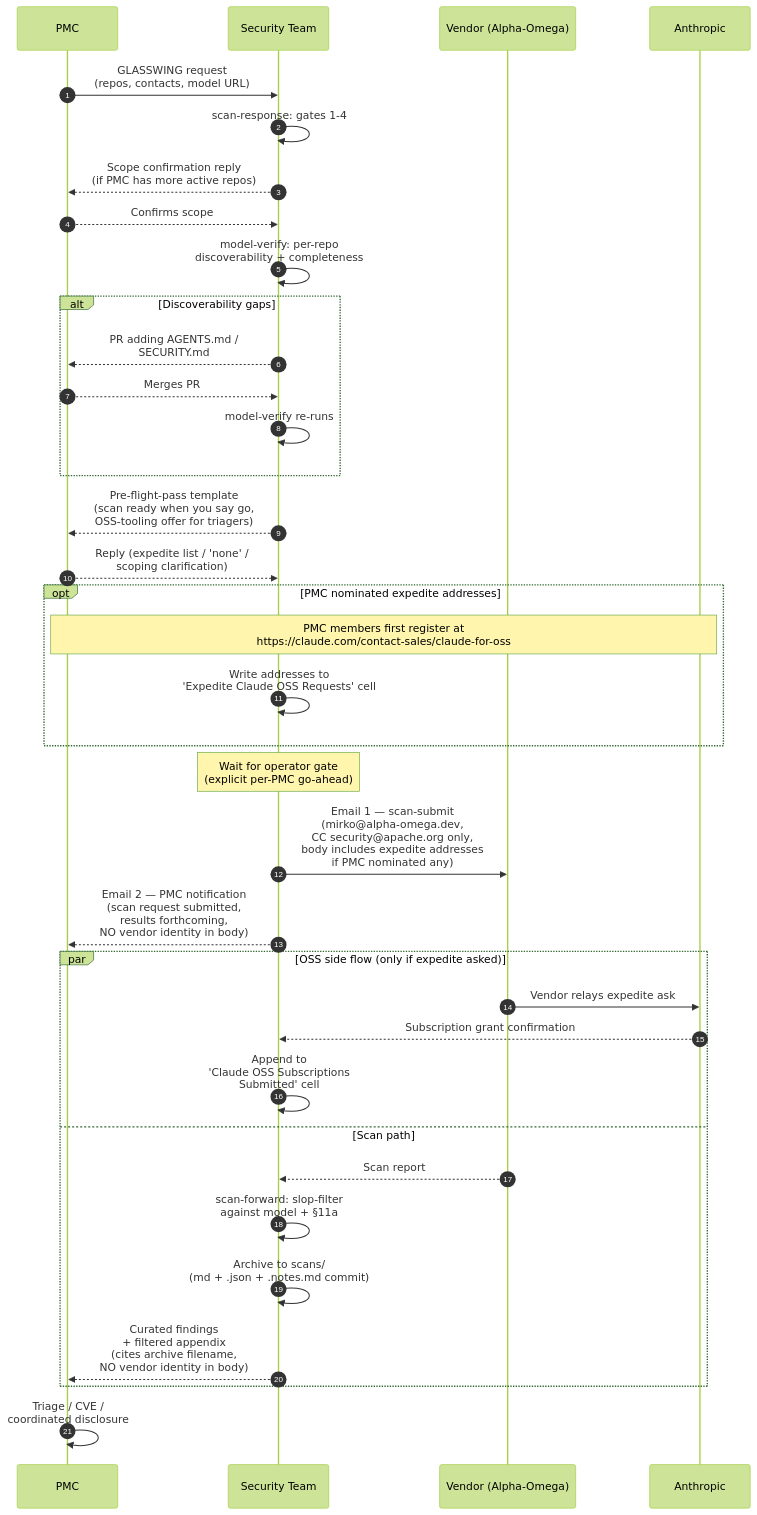
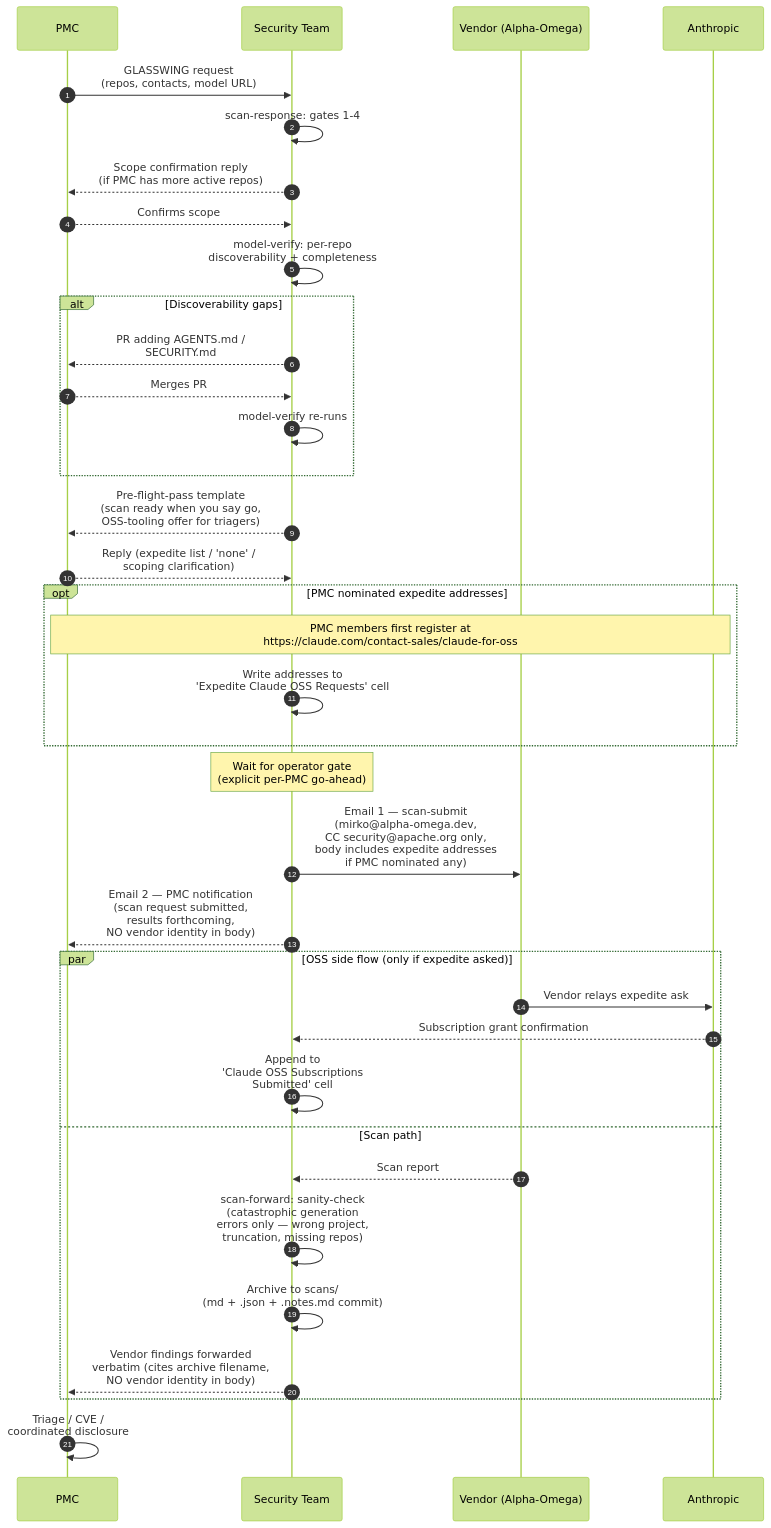
Before and after one commit to raboof/apache-security-dash: the fourth of 4 diagrams in README.md, drawn with Mermaid (forest theme). The commit also changed other lines of this file and 8 other files, not shown here.

````diff
--- a/README.md
+++ b/README.md
@@ -169,38 +177,38 @@
 ```mermaid
 sequenceDiagram
     autonumber
     participant PMC
     participant Sec as Security Team
     participant V as Vendor (Alpha-Omega)
     participant A as Anthropic
     PMC->>Sec: GLASSWING request<br/>(repos, contacts, model URL)
     Sec->>Sec: scan-response: gates 1-4
     Sec-->>PMC: Scope confirmation reply<br/>(if PMC has more active repos)
     PMC-->>Sec: Confirms scope
     Sec->>Sec: model-verify: per-repo<br/>discoverability + completeness
     alt Discoverability gaps
         Sec-->>PMC: PR adding AGENTS.md /<br/>SECURITY.md
         PMC-->>Sec: Merges PR
         Sec->>Sec: model-verify re-runs
     end
     Sec-->>PMC: Pre-flight-pass template<br/>(scan ready when you say go,<br/>OSS-tooling offer for triagers)
     PMC-->>Sec: Reply (expedite list / 'none' /<br/>scoping clarification)
     opt PMC nominated expedite addresses
         Note over PMC,A: PMC members first register at<br/>https://claude.com/contact-sales/claude-for-oss
         Sec->>Sec: Write addresses to<br/>'Expedite Claude OSS Requests' cell
     end
     Note over Sec: Wait for operator gate<br/>(explicit per-PMC go-ahead)
     Sec->>V: Email 1 — scan-submit<br/>(mirko@alpha-omega.dev,<br/>CC security@apache.org only,<br/>body includes expedite addresses<br/>if PMC nominated any)
     Sec-->>PMC: Email 2 — PMC notification<br/>(scan request submitted,<br/>results forthcoming,<br/>NO vendor identity in body)
     par OSS side flow (only if expedite asked)
         V->>A: Vendor relays expedite ask
         A-->>Sec: Subscription grant confirmation
         Sec->>Sec: Append to<br/>'Claude OSS Subscriptions<br/>Submitted' cell
     and Scan path
         V-->>Sec: Scan report
-        Sec->>Sec: scan-forward: slop-filter<br/>against model + §11a
+        Sec->>Sec: scan-forward: sanity-check<br/>(catastrophic generation<br/>errors only — wrong project,<br/>truncation, missing repos)
         Sec->>Sec: Archive to scans/<br/>(md + .json + .notes.md commit)
-        Sec-->>PMC: Curated findings<br/>+ filtered appendix<br/>(cites archive filename,<br/>NO vendor identity in body)
+        Sec-->>PMC: Vendor findings forwarded<br/>verbatim (cites archive filename,<br/>NO vendor identity in body)
     end
     PMC->>PMC: Triage / CVE /<br/>coordinated disclosure
 ```
````
